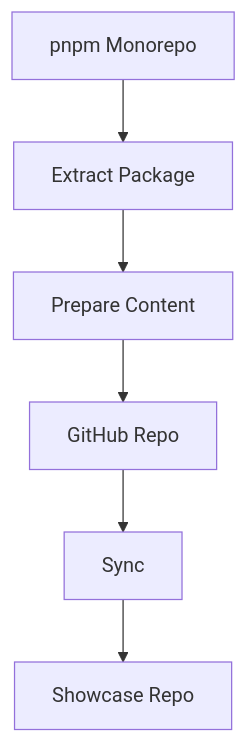
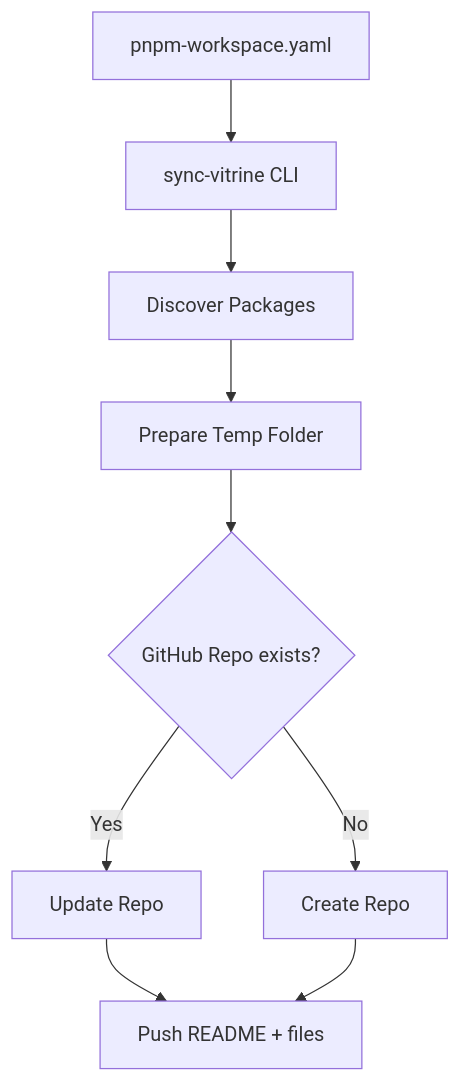
The diagram in packages/idae-mono-expand-vitrine/README.md (medyll/idae), drawn with Mermaid before and after one commit. The commit also changed other lines of this file and 17 other files, not shown here.

First line of the commit message:
feat: update package names and improve documentation for idae-slotui, idae-socket, idae-stator, and idae-sync

````diff
--- a/packages/idae-mono-expand-vitrine/README.md
+++ b/packages/idae-mono-expand-vitrine/README.md
@@ -7,8 +13,11 @@
 ```mermaid
 graph TD
-    A[pnpm Monorepo] --> B[Extract Package]
-    B --> C[Prepare Content]
-    C --> D[GitHub Repo]
-    D --> E[Sync]
-    E --> F[Showcase Repo]
+    A[pnpm-workspace.yaml] --> B[sync-vitrine CLI]
+    B --> C[Discover Packages]
+    C --> D[Prepare Temp Folder]
+    D --> E{GitHub Repo exists?}
+    E -->|Yes| F[Update Repo]
+    E -->|No| G[Create Repo]
+    F --> H[Push README + files]
+    G --> H
 ```
````
